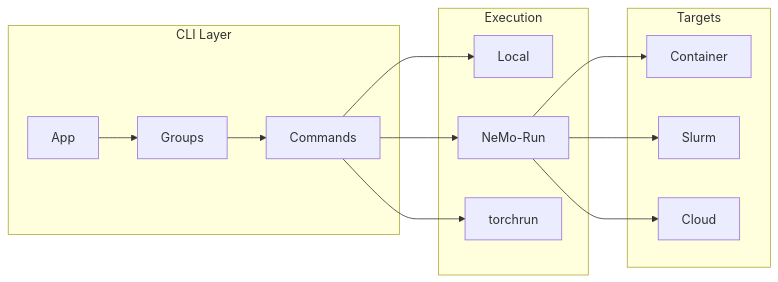
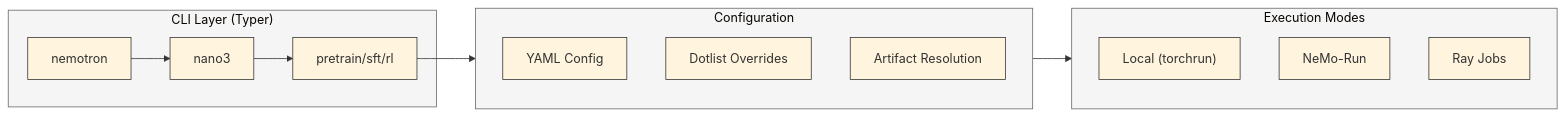
One commit to NVIDIA-NeMo/Nemotron changed the first of 2 diagrams in docs/train/cli.md. Above: the diagram before and after it, drawn with Mermaid. The commit also changed other lines of this file and 40 other files, not shown here.

````diff
--- a/docs/train/cli.md
+++ b/docs/train/cli.md
@@ -18,28 +66,25 @@
 ```mermaid
+%%{init: {'theme': 'base', 'themeVariables': { 'primaryBorderColor': '#333333', 'lineColor': '#333333', 'primaryTextColor': '#333333', 'clusterBkg': '#f5f5f5', 'clusterBorder': '#666666'}}}%%
 flowchart LR
-    subgraph cli["CLI Layer"]
-        App["App"]
-        Group["Groups"]
-        Command["Commands"]
+    subgraph cli["CLI Layer (Typer)"]
+        Root["nemotron"]
+        Recipe["nano3"]
+        Commands["pretrain/sft/rl"]
     end
 
-    subgraph execution["Execution"]
-        Local["Local"]
-        NemoRun["NeMo-Run"]
-        Torchrun["torchrun"]
+    subgraph config["Configuration"]
+        YAML["YAML Config"]
+        Dotlist["Dotlist Overrides"]
+        Artifacts["Artifact Resolution"]
     end
 
-    subgraph targets["Targets"]
-        Container["Container"]
-        Slurm["Slurm"]
-        Cloud["Cloud"]
+    subgraph execution["Execution Modes"]
+        Local["Local (torchrun)"]
+        NemoRun["NeMo-Run"]
+        Ray["Ray Jobs"]
     end
 
-    App --> Group --> Command
-    Command --> Local
-    Command --> NemoRun
-    Command --> Torchrun
-    NemoRun --> Container
-    NemoRun --> Slurm
-    NemoRun --> Cloud
+    Root --> Recipe --> Commands
+    Commands --> config
+    config --> execution
 ```
````
